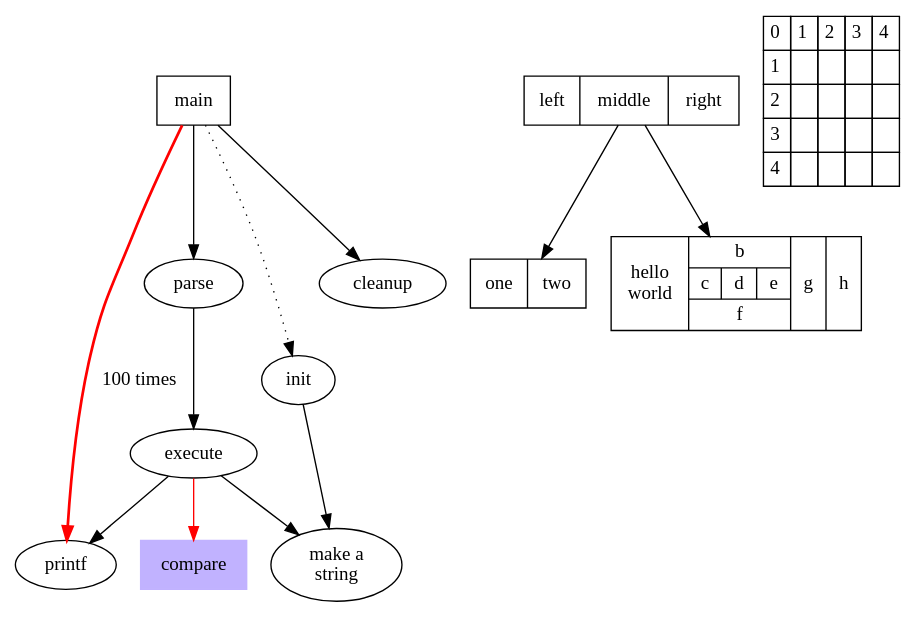
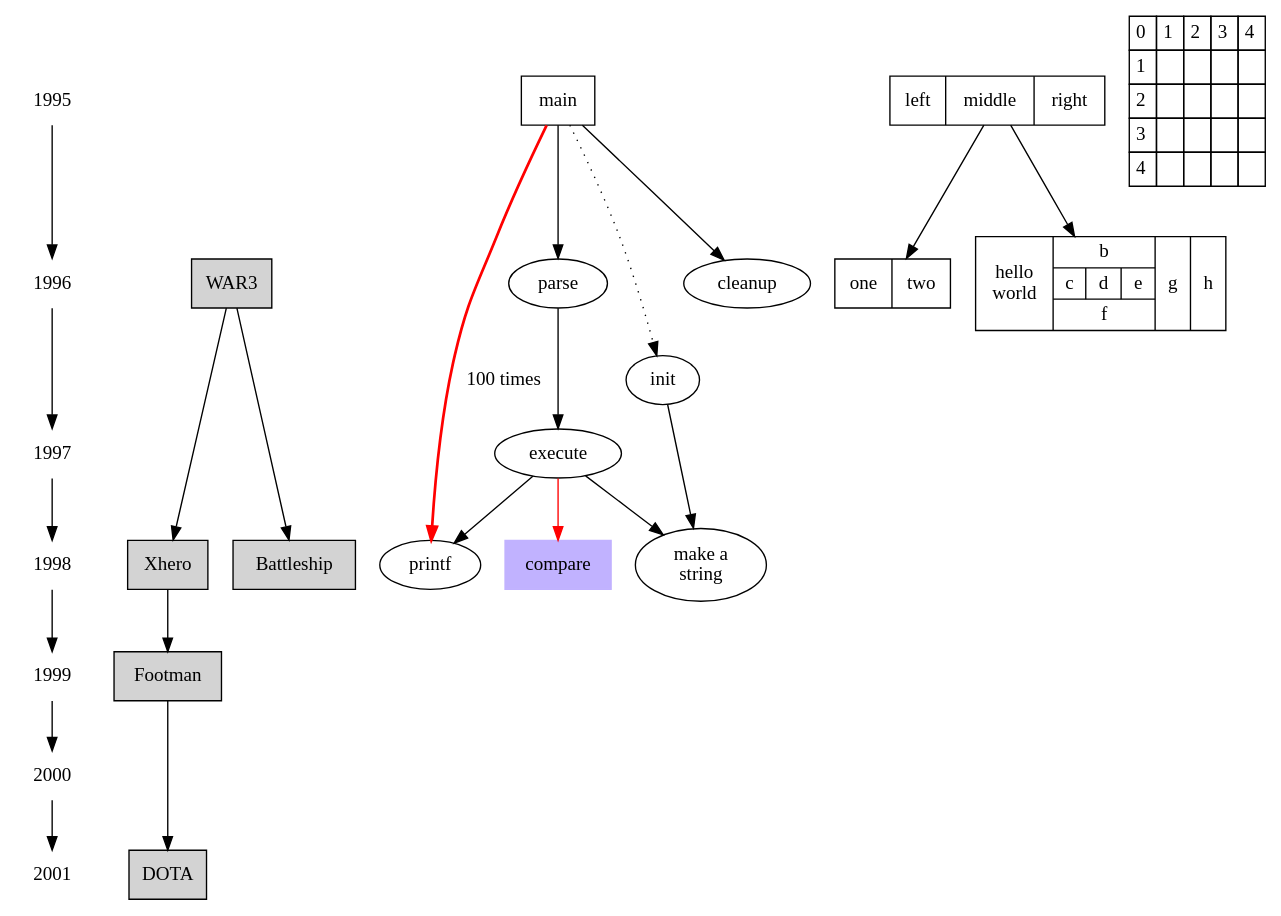
Before and after one commit to greatgauss/graphviz_script: the diagram in exam.dot, drawn with Graphviz.

Commit message:
example of rank

```diff
--- a/exam.dot
+++ b/exam.dot
@@ -1,53 +1,69 @@
 digraph G {
+subgraph rank_exam {
+rankdir=RL;
+{
+  node[shape = plaintext];
+  1995 -> 1996 -> 1997 -> 1998 -> 1999 -> 2000 -> 2001;
+}
+{
+  node[shape = box, style = filled];
+  WAR3 -> Xhero -> Footman -> DOTA;
+  WAR3 -> Battleship;
+}
+{rank = same; 1996; WAR3;}
+{rank = same; 1998; Xhero; Battleship;}
+{rank = same; 1999; Footman;}
+{rank = same; 2001; DOTA;}
+}
 
 subgraph hello_world {
     main [shape=box]; /*注释*/
     main -> parse [weight=8];
     parse -> execute;
     main -> init [style=dotted];
     main -> cleanup;
     execute -> {make_string; printf}
     init -> make_string;
     edge [color=red];
     main -> printf [style=bold,label="100 times"];
     make_string [label="make a\nstring"];
     node [shape=box, style=filled, color=".7 .3 1.0"];
     execute -> compare;
 }
 
 subgraph structs {
 node[shape=record];
     struct1[shape=record,label="<f0> left|<f1> middle|<f2> right"];
     struct2[shape=record,label="<f0> one|<f1> two"];
     struct3[shape=record,label="hello\nworld |{ b |{c|<here> d|e}| f}| g | h"];
     struct1->struct2;
     struct1->struct3;
 }
 
 subgraph html {
 abc [shape=none, margin=0, label=<
 <TABLE BORDER="0" CELLBORDER="1" CELLSPACING="0" CELLPADDING="4">
 <TR><TD>0</TD><TD>1</TD><TD>2</TD><TD>3</TD><TD>4</TD>
 </TR>
 <TR><TD>1</TD><TD></TD><TD></TD><TD></TD><TD></TD>
 </TR>
 <TR><TD>2</TD><TD></TD><TD></TD><TD></TD><TD></TD>
 </TR>
 <TR><TD>3</TD><TD></TD><TD></TD><TD></TD><TD></TD>
 </TR>
 <TR><TD>4</TD><TD></TD><TD></TD><TD></TD><TD></TD>
 </TR>
 </TABLE>>];
 }
 
 /*
 subgraph G {
     a->b->c;
     b->d;
     a[shape=polygon,sides=5,peripheries=5,color=lightblue,style=filled];
     c[shape=polygon,sides=4,skew=.1,label="hello world"];
     d[shape=invtriangle];
     e[shape=polygon,sides=10,distortion=.7];
 }
 */
 }
```
